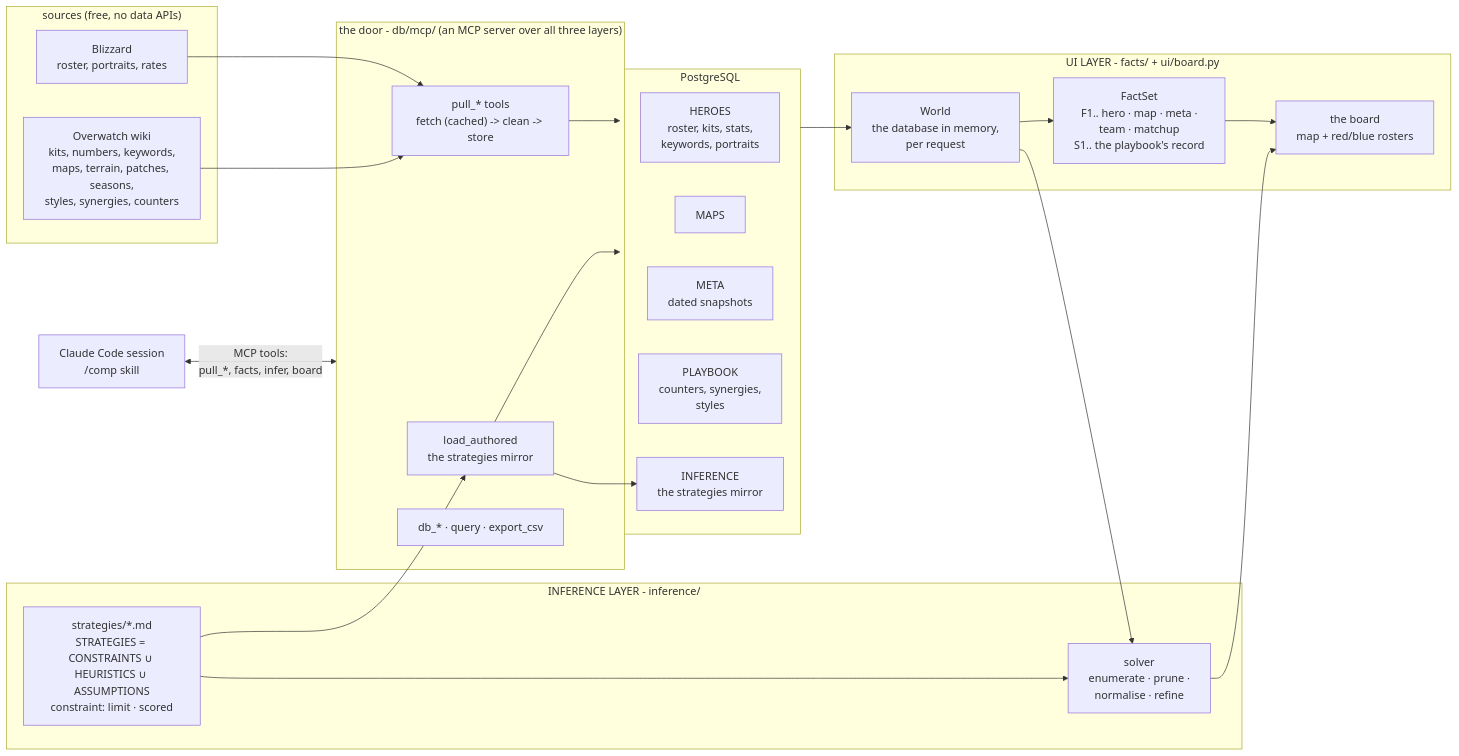
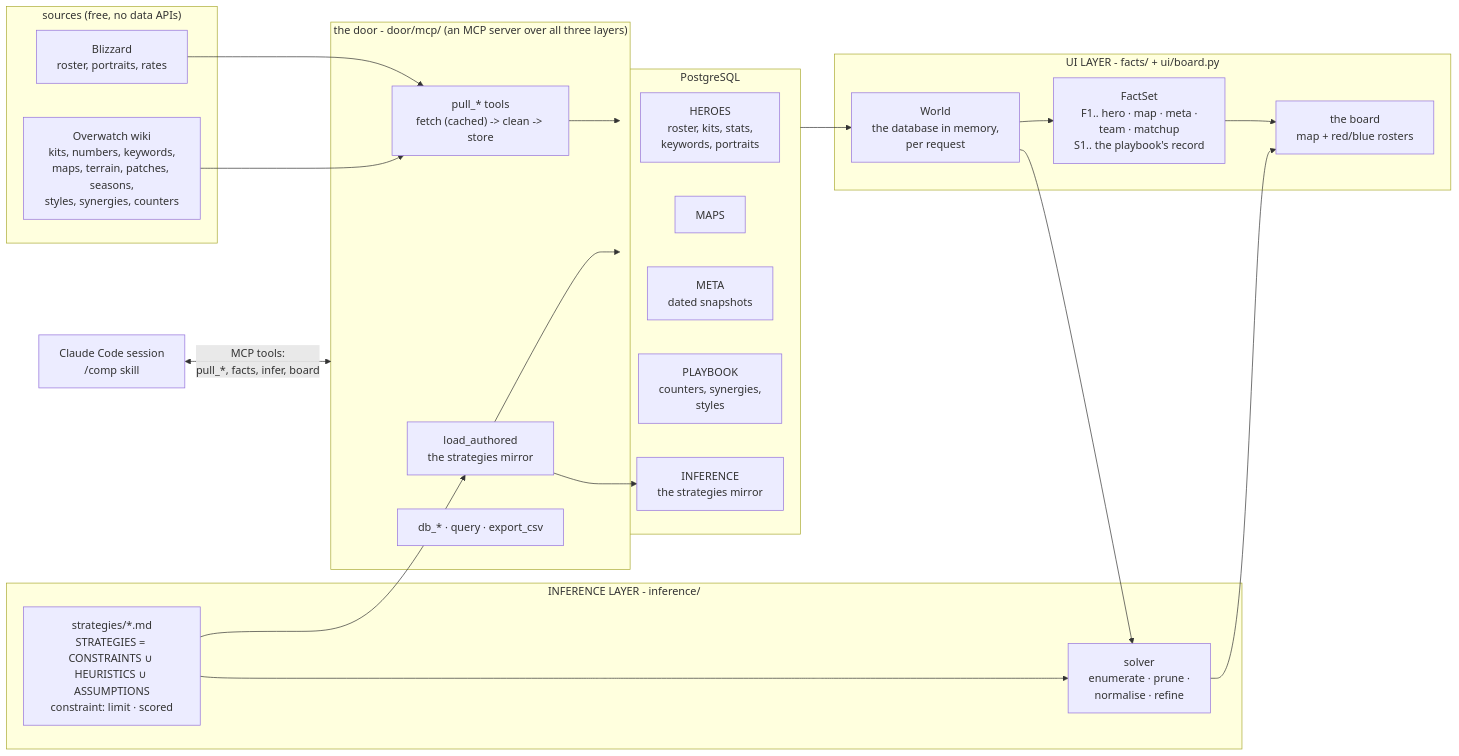
The first of 2 diagrams in docs/architecture.md (mmikol/counter-utility-matrix), drawn with Mermaid before and after one commit. The commit also changed other lines of this file and 56 other files, not shown here.

````diff
--- a/docs/architecture.md
+++ b/docs/architecture.md
@@ -39,42 +39,42 @@
 ```mermaid
 flowchart LR
     subgraph SOURCES["sources (free, no data APIs)"]
         BLZ["Blizzard<br/>roster, portraits, rates"]
         WIKI["Overwatch wiki<br/>kits, numbers, keywords,<br/>maps, terrain, patches, seasons,<br/>styles, synergies, counters"]
     end
 
-    subgraph DATA["the door - db/mcp/ (an MCP server over all three layers)"]
+    subgraph DATA["the door - door/mcp/ (an MCP server over all three layers)"]
         PULL["pull_* tools<br/>fetch (cached) -> clean -> store"]
         PLAY["load_authored<br/>the strategies mirror"]
         DBT["db_* · query · export_csv"]
     end
 
     subgraph PG["PostgreSQL"]
         HEROES["HEROES<br/>roster, kits, stats,<br/>keywords, portraits"]
         MAPS["MAPS"]
         META["META<br/>dated snapshots"]
         PLAYBOOK["PLAYBOOK<br/>counters, synergies,<br/>styles"]
         INF["INFERENCE<br/>the strategies mirror"]
     end
 
     subgraph USER["UI LAYER - facts/ + ui/board.py"]
         WORLD["World<br/>the database in memory,<br/>per request"]
         FACTS["FactSet<br/>F1.. hero · map · meta ·<br/>team · matchup<br/>S1.. the playbook's record"]
         BOARD["the board<br/>map + red/blue rosters"]
     end
 
     subgraph INFER["INFERENCE LAYER - inference/"]
         HEUR["strategies/*.md<br/>STRATEGIES = CONSTRAINTS ∪ HEURISTICS ∪ ASSUMPTIONS<br/>constraint: limit · scored"]
         SOLVER["solver<br/>enumerate · prune ·<br/>normalise · refine"]
     end
 
     BLZ & WIKI --> PULL
     HEUR --> PLAY
     PLAY --> INF
     PULL & PLAY --> PG
     PG --> WORLD --> FACTS --> BOARD
     WORLD --> SOLVER
     HEUR --> SOLVER
     SOLVER --> BOARD
     CHAT["Claude Code session<br/>/comp skill"] <-->|"MCP tools:<br/>pull_*, facts, infer, board"| DATA
 ```
````
